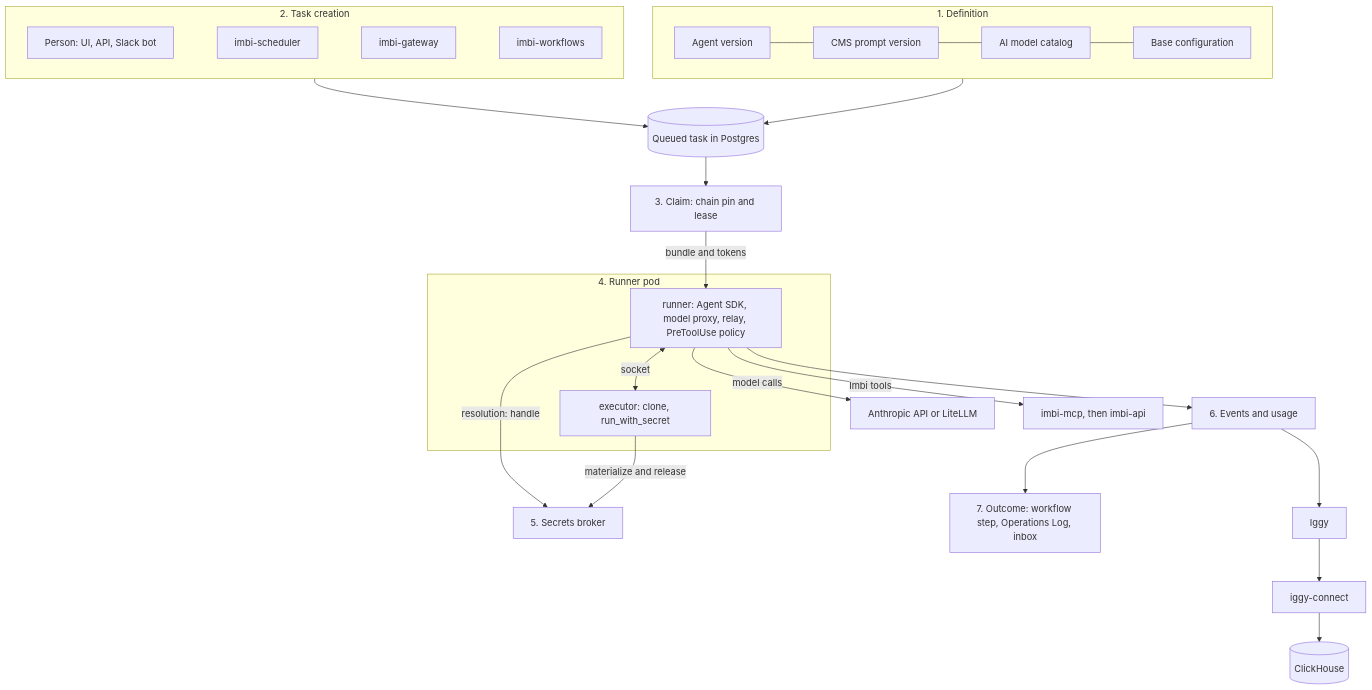
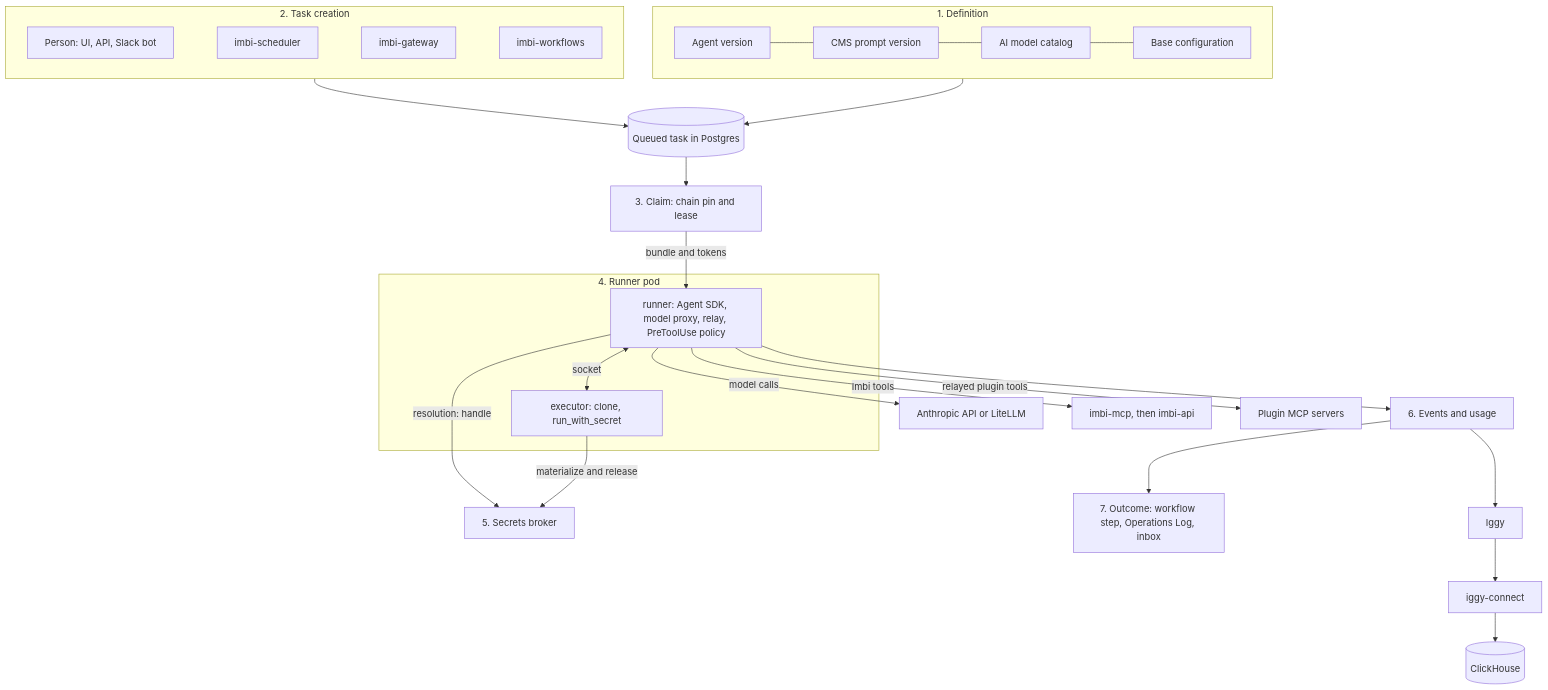
Before and after one commit to AWeber-Imbi/imbi: the diagram in docs/architecture/agent-runtime.md, drawn with Mermaid. The commit also changed other lines of this file, not shown here.

First line of the commit message:
Document the plugin MCP relay in the agent runtime

````diff
--- a/docs/architecture/agent-runtime.md
+++ b/docs/architecture/agent-runtime.md
@@ -10,28 +10,29 @@
 ```mermaid
 flowchart TD
     subgraph define[1. Definition]
         AG[Agent version] --- PR[CMS prompt version] --- MC[AI model catalog] --- PC[Base configuration]
     end
     subgraph start[2. Task creation]
         H[Person: UI, API, Slack bot] ~~~ SC[imbi-scheduler] ~~~ GW[imbi-gateway] ~~~ WF[imbi-workflows]
     end
     Q[(Queued task in Postgres)]
     D[3. Claim: chain pin and lease]
     subgraph pod[4. Runner pod]
         R[runner: Agent SDK, model proxy, relay, PreToolUse policy] <-->|socket| X[executor: clone, run_with_secret]
     end
     SB[5. Secrets broker]
     EV[6. Events and usage]
     OUT[7. Outcome: workflow step, Operations Log, inbox]
     start --> Q
     define --> Q
     Q --> D
     D -->|bundle and tokens| R
     R -->|model calls| LLM[Anthropic API or LiteLLM]
     R -->|Imbi tools| MCP[imbi-mcp, then imbi-api]
+    R -->|relayed plugin tools| PMCP[Plugin MCP servers]
     R -->|resolution: handle| SB
     X -->|materialize and release| SB
     R --> EV
     EV --> IG[Iggy] --> IC[iggy-connect] --> CH[(ClickHouse)]
     EV --> OUT
 ```
````
